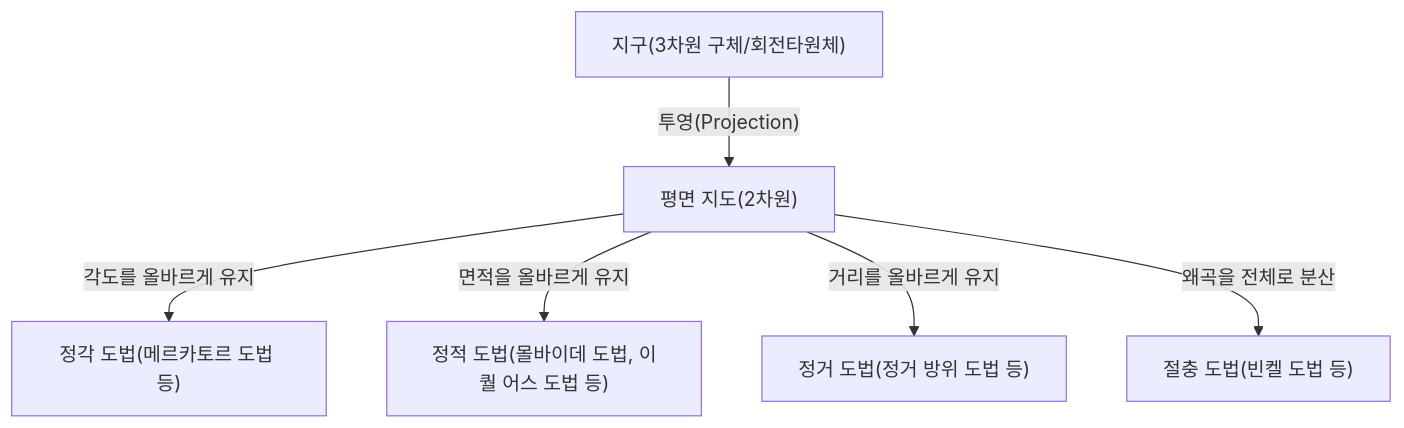
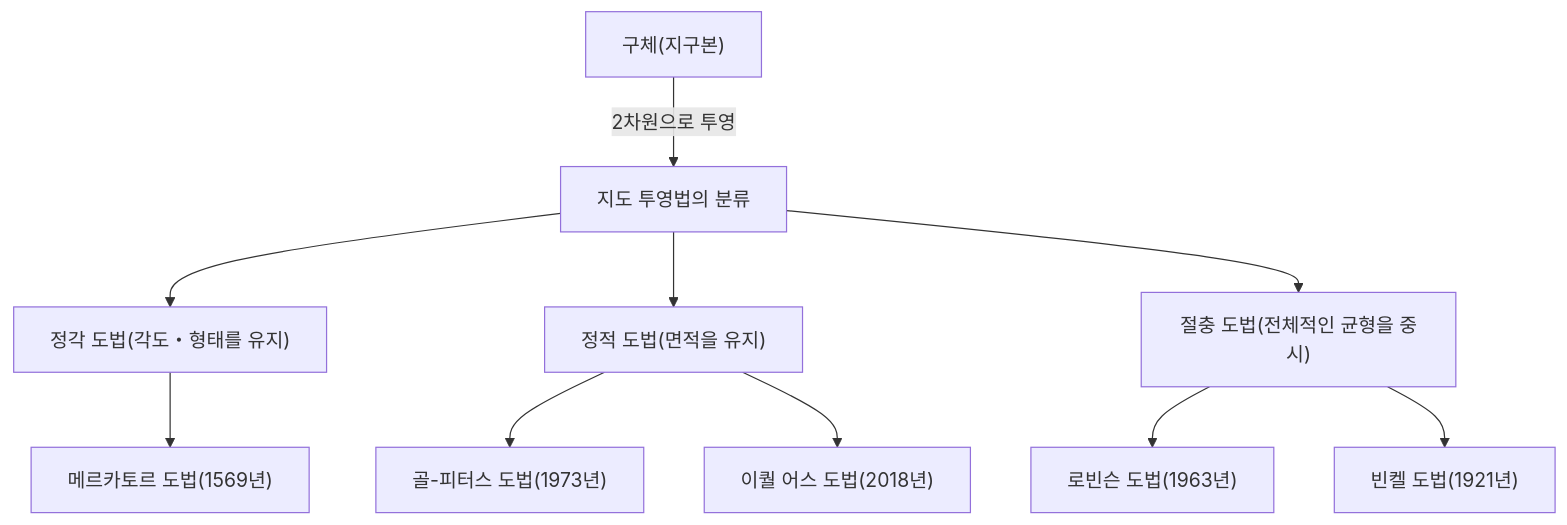
The diagram in content/post/history-of-map-projections/index.ko.md (kenjinote/blog), drawn with Mermaid before and after one commit. The commit also changed other lines of this file and 129 other files, not shown here.

````diff
--- a/content/post/history-of-map-projections/index.ko.md
+++ b/content/post/history-of-map-projections/index.ko.md
@@ -19,8 +30,13 @@
 ```mermaid
 graph TD
-    A["지구(3차원 구체/회전타원체)"] -- "투영(Projection)" --> B["평면 지도(2차원)"]
-    B -- "각도를 올바르게 유지" --> C["정각 도법(메르카토르 도법 등)"]
-    B -- "면적을 올바르게 유지" --> D["정적 도법(몰바이데 도법, 이퀄 어스 도법 등)"]
-    B -- "거리를 올바르게 유지" --> E["정거 도법(정거 방위 도법 등)"]
-    B -- "왜곡을 전체로 분산" --> F["절충 도법(빈켈 도법 등)"]
+    A["구체(지구본)"] -->|"2차원으로 투영"| B["지도 투영법의 분류"]
+    B --> C["정각 도법(각도・형태를 유지)"]
+    B --> D["정적 도법(면적을 유지)"]
+    B --> E["절충 도법(전체적인 균형을 중시)"]
+    
+    C --> F["메르카토르 도법(1569년)"]
+    D --> G["골-피터스 도법(1973년)"]
+    D --> H["이퀄 어스 도법(2018년)"]
+    E --> I["로빈슨 도법(1963년)"]
+    E --> J["빈켈 도법(1921년)"]
 ```
````
